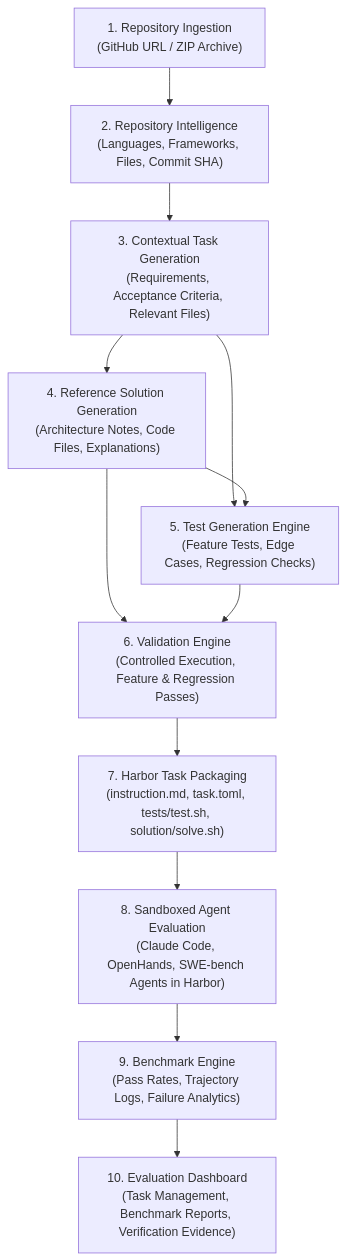
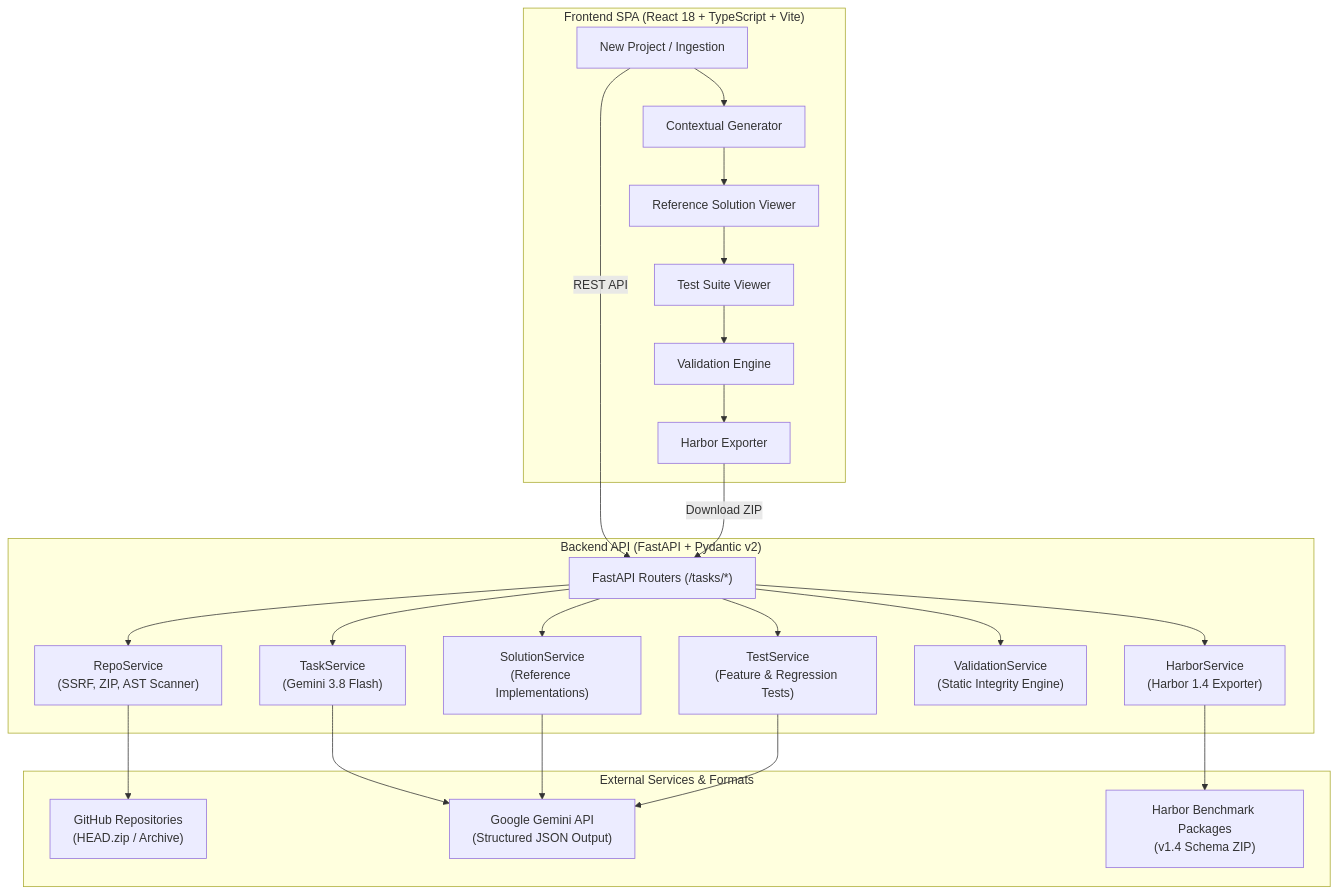
Before and after one commit to devansh-saxena-here/coding-task-factory: the diagram in README.md, drawn with Mermaid. The commit also changed other lines of this file and 3 other files, not shown here.

````diff
--- a/README.md
+++ b/README.md
@@ -110,12 +27,35 @@
 ```mermaid
 flowchart TD
-    A["1. Repository Ingestion\n(GitHub URL / ZIP Archive)"] --> B["2. Repository Intelligence\n(Languages, Frameworks, Files, Commit SHA)"]
-    B --> C["3. Contextual Task Generation\n(Requirements, Acceptance Criteria, Relevant Files)"]
-    C --> D["4. Reference Solution Generation\n(Architecture Notes, Code Files, Explanations)"]
-    C & D --> E["5. Test Generation Engine\n(Feature Tests, Edge Cases, Regression Checks)"]
-    D & E --> F["6. Validation Engine\n(Controlled Execution, Feature & Regression Passes)"]
-    F --> G["7. Harbor Task Packaging\n(instruction.md, task.toml, tests/test.sh, solution/solve.sh)"]
-    G --> H["8. Sandboxed Agent Evaluation\n(Claude Code, OpenHands, SWE-bench Agents in Harbor)"]
-    H --> I["9. Benchmark Engine\n(Pass Rates, Trajectory Logs, Failure Analytics)"]
-    I --> J["10. Evaluation Dashboard\n(Task Management, Benchmark Reports, Verification Evidence)"]
+    subgraph Frontend["Frontend SPA (React 18 + TypeScript + Vite)"]
+        UI1["New Project / Ingestion"] --> UI2["Contextual Generator"]
+        UI2 --> UI3["Reference Solution Viewer"]
+        UI3 --> UI4["Test Suite Viewer"]
+        UI4 --> UI5["Validation Engine"]
+        UI5 --> UI6["Harbor Exporter"]
+    end
+
+    subgraph Backend["Backend API (FastAPI + Pydantic v2)"]
+        API["FastAPI Routers (/tasks/*)"]
+        S_REPO["RepoService\n(SSRF, ZIP, AST Scanner)"]
+        S_TASK["TaskService\n(Gemini 3.8 Flash)"]
+        S_SOL["SolutionService\n(Reference Implementations)"]
+        S_TEST["TestService\n(Feature & Regression Tests)"]
+        S_VAL["ValidationService\n(Static Integrity Engine)"]
+        S_HARBOR["HarborService\n(Harbor 1.4 Exporter)"]
+    end
+
+    subgraph External["External Services & Formats"]
+        GITHUB["GitHub Repositories\n(HEAD.zip / Archive)"]
+        GEMINI["Google Gemini API\n(Structured JSON Output)"]
+        HARBOR["Harbor Benchmark Packages\n(v1.4 Schema ZIP)"]
+    end
+
+    UI1 -->|REST API| API
+    UI6 -->|Download ZIP| API
+    API --> S_REPO --> GITHUB
+    API --> S_TASK --> GEMINI
+    API --> S_SOL --> GEMINI
+    API --> S_TEST --> GEMINI
+    API --> S_VAL
+    API --> S_HARBOR --> HARBOR
 ```
````
